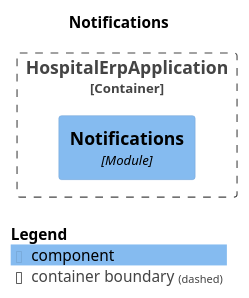
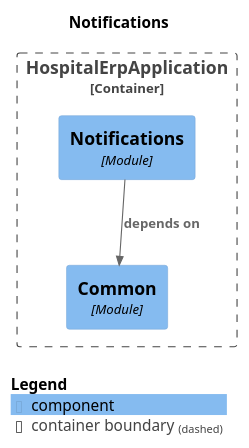
Before and after one commit to harshsharma5720/HospitalERP: the diagram in docs/modules/module-notifications.puml, drawn with PlantUML. The commit also changed 41 other files, not shown here.

```diff
--- a/docs/modules/module-notifications.puml
+++ b/docs/modules/module-notifications.puml
@@ -1,17 +1,19 @@
 @startuml
 set separator none
 title Notifications
 
 top to bottom direction
 
 !include <C4/C4>
 !include <C4/C4_Context>
 !include <C4/C4_Component>
 
 Container_Boundary("HospitalErpApplication.HospitalErpApplication_boundary", "HospitalErpApplication", $tags="") {
+  Component(HospitalErpApplication.HospitalErpApplication.Common, "Common", $techn="Module", $descr="", $tags="", $link="")
   Component(HospitalErpApplication.HospitalErpApplication.Notifications, "Notifications", $techn="Module", $descr="", $tags="", $link="")
 }
 
+Rel(HospitalErpApplication.HospitalErpApplication.Notifications, HospitalErpApplication.HospitalErpApplication.Common, "depends on", $techn="", $tags="", $link="")
 
 SHOW_LEGEND(true)
 @enduml
```
